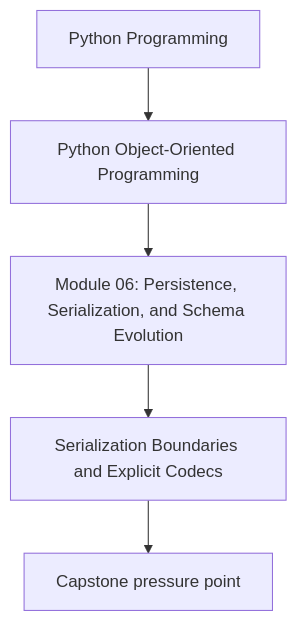
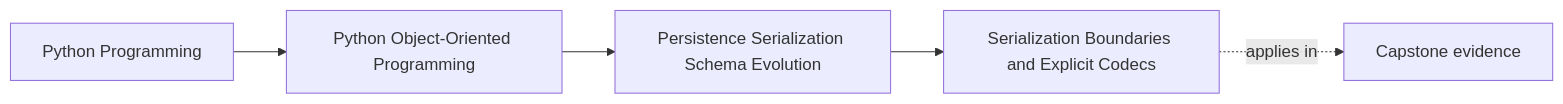
Before and after one commit to bijux/bijux-masterclass: the first of 2 diagrams in programs/python-programming/python-object-oriented-programming/course-book/module-06-persistence-serialization-schema-evolution/serialization-boundaries-and-explicit-codecs.md, drawn with Mermaid. The commit also changed other lines of this file and 103 other files, not shown here.

Commit message:
docs(python-object-oriented-programming): map sustainment and capstone surfaces

````diff
--- a/programs/python-programming/python-object-oriented-programming/course-book/module-06-persistence-serialization-schema-evolution/serialization-boundaries-and-explicit-codecs.md
+++ b/programs/python-programming/python-object-oriented-programming/course-book/module-06-persistence-serialization-schema-evolution/serialization-boundaries-and-explicit-codecs.md
@@ -7,7 +7,11 @@
 ```mermaid
-flowchart TD
-  family["Python Programming"] --> program["Python Object-Oriented Programming"]
-  program --> module["Module 06: Persistence, Serialization, and Schema Evolution"]
-  module --> concept["Serialization Boundaries and Explicit Codecs"]
-  concept --> capstone["Capstone pressure point"]
+graph LR
+  family["Python Programming"]
+  program["Python Object-Oriented Programming"]
+  section["Persistence Serialization Schema Evolution"]
+  page["Serialization Boundaries and Explicit Codecs"]
+  capstone["Capstone evidence"]
+
+  family --> program --> section --> page
+  page -.applies in.-> capstone
 ```
````
